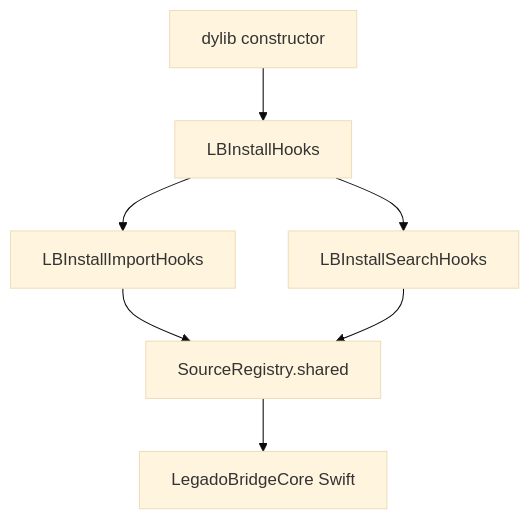
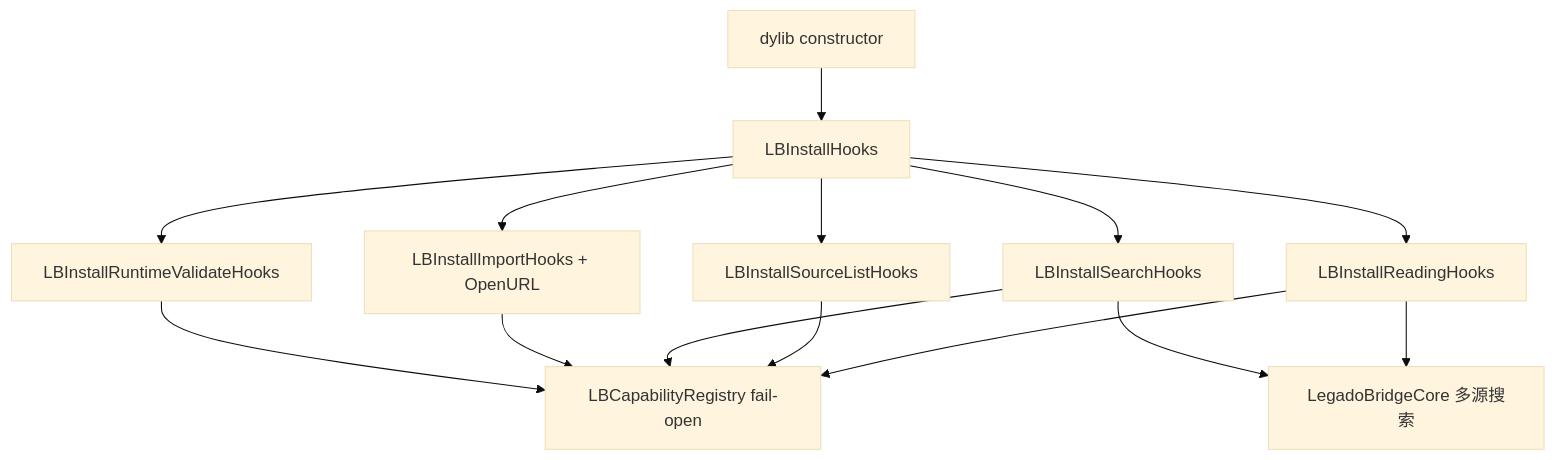
One commit to chrn11/xiangse changed the second of 2 diagrams in docs/hook-map.md. Above: the diagram before and after it, drawn with Mermaid (base theme). The commit also changed other lines of this file and 60 other files, not shown here.

Commit message:
完成 LegadoBridge 闭环与 post-core，触发 bridge-ci 产出可注入 IPA。

````diff
--- a/docs/hook-map.md
+++ b/docs/hook-map.md
@@ -148,9 +148,16 @@
 ```mermaid
 flowchart TD
     A[dylib constructor] --> B[LBInstallHooks]
-    B --> C[LBInstallImportHooks]
+    B --> V[LBInstallRuntimeValidateHooks]
+    B --> C[LBInstallImportHooks + OpenURL]
     B --> D[LBInstallSearchHooks]
-    C --> G[SourceRegistry.shared]
-    D --> G
-    G --> H[LegadoBridgeCore Swift]
+    B --> E[LBInstallSourceListHooks]
+    B --> F[LBInstallReadingHooks]
+    V --> R[LBCapabilityRegistry fail-open]
+    C --> R
+    D --> R
+    E --> R
+    F --> R
+    D --> H[LegadoBridgeCore 多源搜索]
+    F --> H
 ```
````
